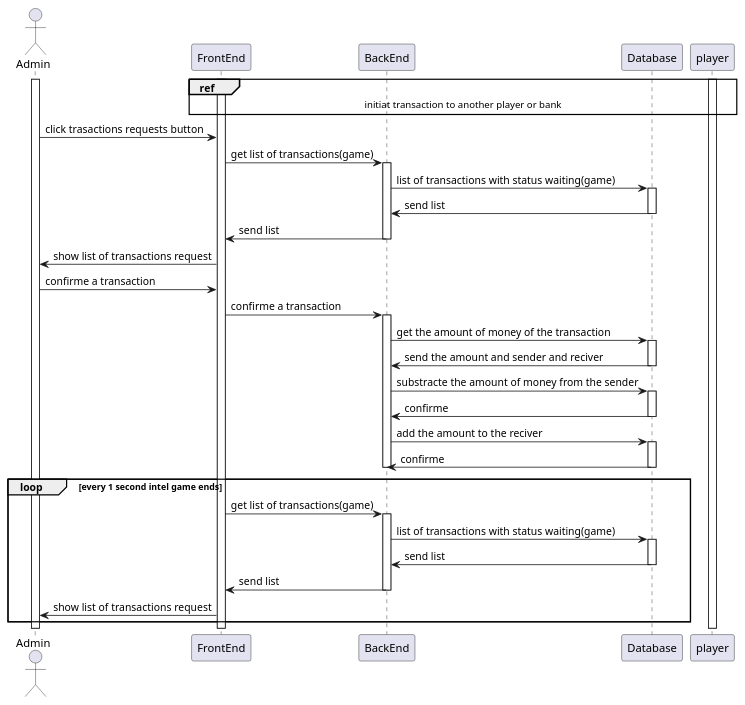
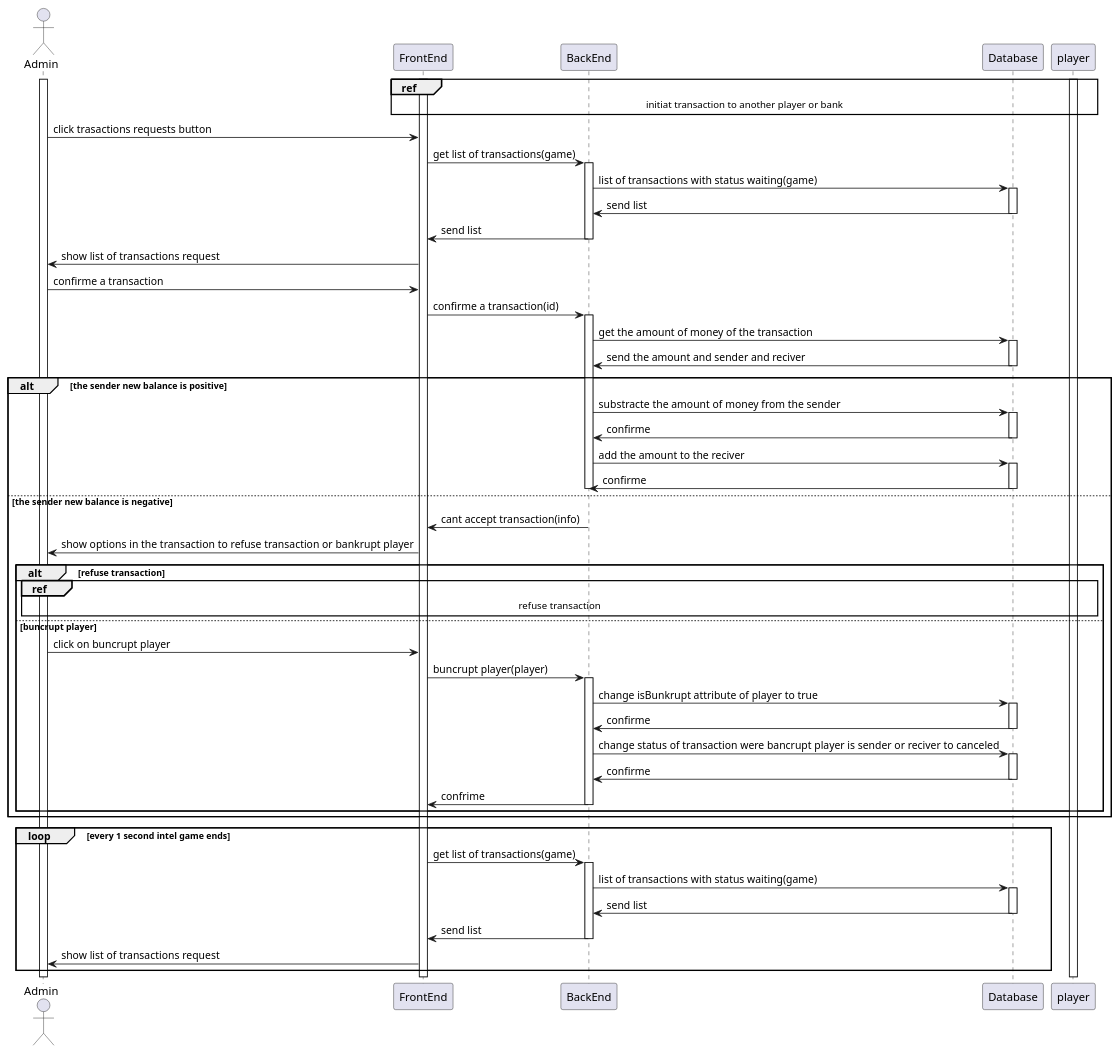
The diagram in detailedSDs/admin/accept_refuse_transaction.wsd (monoploy-game/design), drawn with PlantUML before and after one commit.

Commit message:
updated accept refus transaction dSD, to sync with class diagram, handled when sender doesnt have enough money, where admin will chose to bankrupt him, or just cancel

```diff
--- a/detailedSDs/admin/accept_refuse_transaction.wsd
+++ b/detailedSDs/admin/accept_refuse_transaction.wsd
@@ -1,67 +1,99 @@
 @startuml "accept or refuse transaction"
 
 actor Admin
 
 Activate Admin
 Activate FrontEnd
 
 ref over FrontEnd, BackEnd, Database, player: initiat transaction to another player or bank
 Activate player
 
 Admin ->  FrontEnd : click trasactions requests button
 
 FrontEnd -> BackEnd : get list of transactions(game)
 Activate BackEnd
 
 BackEnd -> Database : list of transactions with status waiting(game)
 Activate Database
 
 Database -> BackEnd : send list
 deactivate Database
 
 BackEnd -> FrontEnd : send list
 deactivate BackEnd
 
 FrontEnd -> Admin : show list of transactions request
 Admin -> FrontEnd : confirme a transaction
 
-FrontEnd -> BackEnd : confirme a transaction
+FrontEnd -> BackEnd : confirme a transaction(id)
 Activate BackEnd
 
 BackEnd -> Database : get the amount of money of the transaction
 Activate Database
 
 Database -> BackEnd : send the amount and sender and reciver
 deactivate Database
 
-BackEnd -> Database : substracte the amount of money from the sender
-Activate Database
+alt  the sender new balance is positive
+    BackEnd -> Database : substracte the amount of money from the sender
+    Activate Database
 
-Database -> BackEnd : confirme
-deactivate Database
+    Database -> BackEnd : confirme
+    deactivate Database
 
-BackEnd -> Database : add the amount to the reciver
-Activate Database
+    BackEnd -> Database : add the amount to the reciver
+    Activate Database
 
-Database -> BackEnd : confirme
-deactivate Database
+    Database -> BackEnd : confirme
+    deactivate Database
 
-deactivate BackEnd
+    deactivate BackEnd
+else the sender new balance is negative
+
+    BackEnd -> FrontEnd : cant accept transaction(info)
+    deactivate BackEnd
+
+    FrontEnd -> Admin : show options in the transaction to refuse transaction or bankrupt player
+
+    alt refuse transaction
+        ref over Admin, FrontEnd, BackEnd, Database, player: refuse transaction
+    else buncrupt player
+        Admin -> FrontEnd : click on buncrupt player
+        FrontEnd -> BackEnd : buncrupt player(player)
+        Activate BackEnd
+
+        BackEnd -> Database : change isBunkrupt attribute of player to true
+        Activate Database
+
+        Database -> BackEnd : confirme
+        deactivate Database
+
+        BackEnd -> Database : change status of transaction were bancrupt player is sender or reciver to canceled
+        Activate Database
+
+        Database -> BackEnd : confirme
+        deactivate Database
+
+        BackEnd -> FrontEnd : confrime
+        deactivate BackEnd
+    end
+
+end
 
 loop every 1 second intel game ends
     FrontEnd -> BackEnd : get list of transactions(game)
     Activate BackEnd
 
     BackEnd -> Database : list of transactions with status waiting(game)
     Activate Database
 
     Database -> BackEnd : send list
     deactivate Database
 
     BackEnd -> FrontEnd : send list
     deactivate BackEnd
 
     FrontEnd -> Admin : show list of transactions request
  end
 
 @enduml
```
